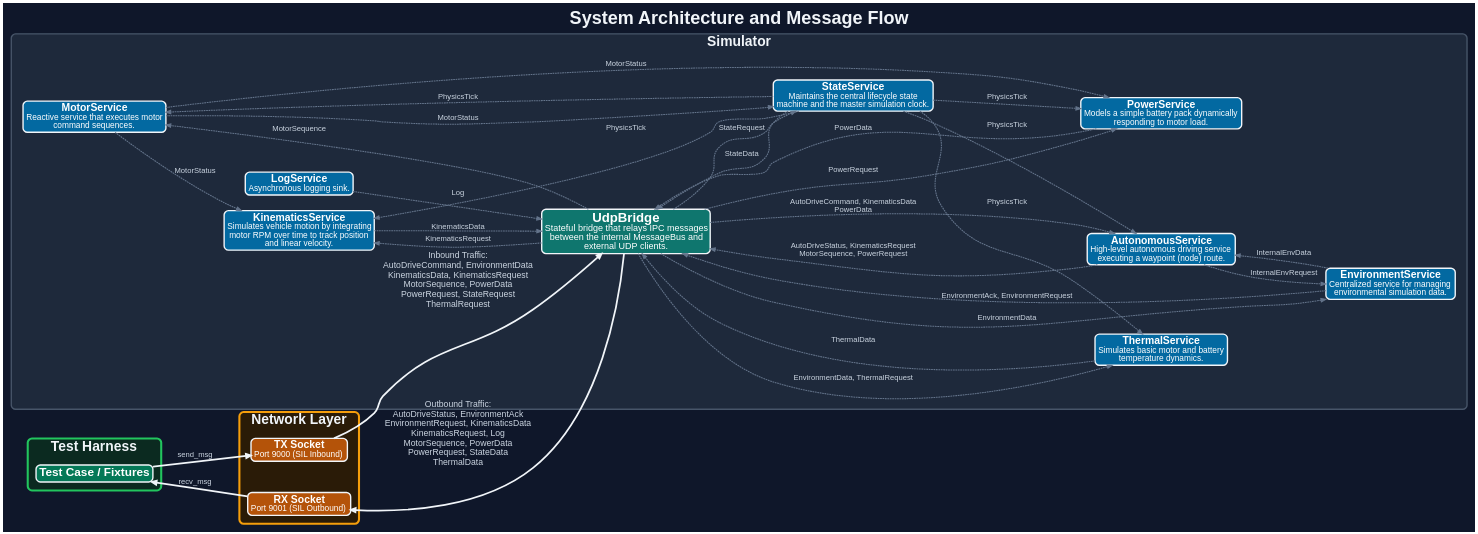
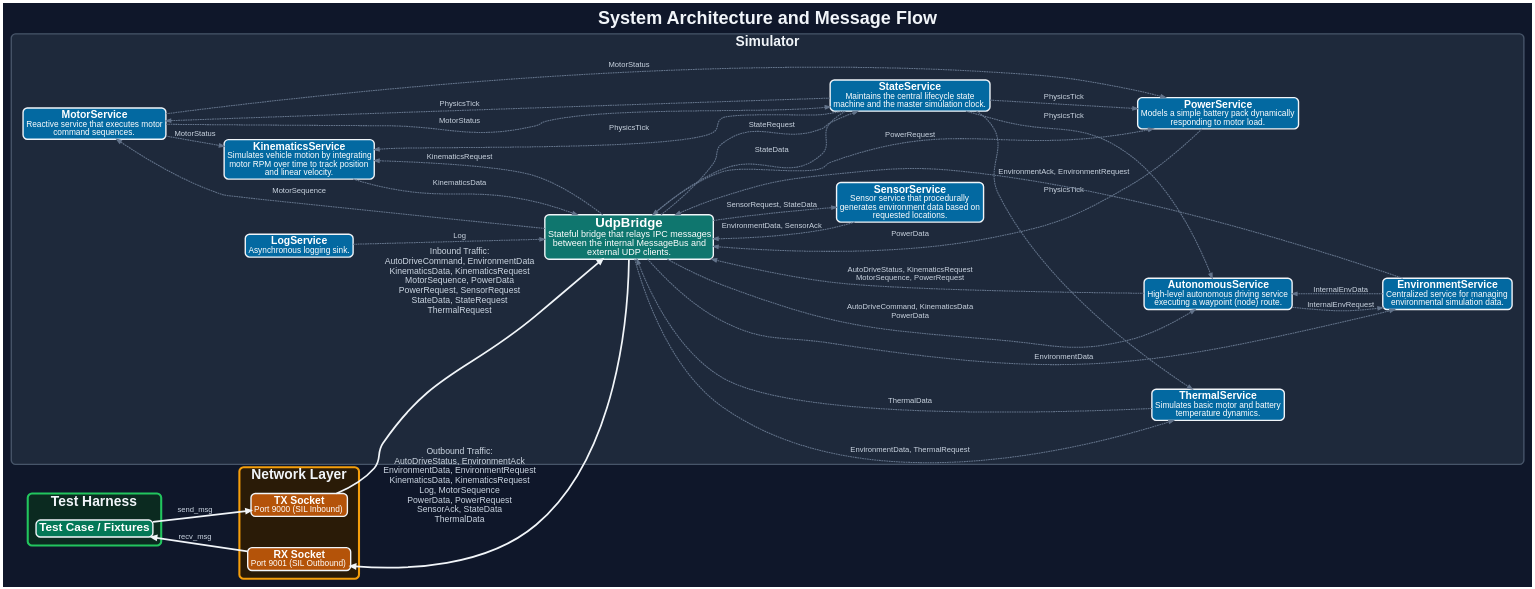
One commit to AxelBjork/reflect_pytest changed the diagram in doc/ipc/ipc_flow.dot. Above: the diagram before and after it, drawn with Graphviz. The commit also changed 12 other files, not shown here.

Commit message:
add sensor service

```diff
--- a/doc/ipc/ipc_flow.dot
+++ b/doc/ipc/ipc_flow.dot
@@ -1,159 +1,165 @@
 digraph IPC {
   rankdir=LR;
   bgcolor="#0F172A";
   pad=0.22;
   nodesep=0.62;
   ranksep=0.70;
   splines=spline;
   remincross=true;
 
   fontname="Helvetica,Arial,sans-serif";
   fontsize=52;
   fontcolor="#F1F5F9";
   label=<<B>System Architecture and Message Flow</B>>;
   labelloc="t";
 
   node [
     fontname="Helvetica,Arial,sans-serif",
     shape=rect,
     style="filled,rounded",
     fixedsize=false,
     margin="0.12,0.08",
     fontsize=28,
     fontcolor="#FFFFFF",
     penwidth=4,
     color="#F1F5F9"
   ];
 
   edge [
     fontname="Helvetica,Arial,sans-serif",
     fontsize=22,
     fontcolor="#CBD5E1",
     color="#64748B",
     penwidth=3.0,
     arrowsize=1.4,
     labelfloat=false,
     labeldistance=0.8,
     labelangle=10
   ];
 
   // --- Simulator ---
   subgraph cluster_sim {
     label=<<B><FONT POINT-SIZE="40">Simulator</FONT></B>>;
     fontcolor="#F1F5F9";
     style="rounded,filled";
     color="#475569";
     penwidth=4;
     fillcolor="#1E293B";
     margin=34;
     MotorService [
       fillcolor="#0369A1",
       label=<<B><FONT POINT-SIZE="30">MotorService</FONT></B><BR/><FONT POINT-SIZE="24">Reactive service that executes motor<BR/>command sequences.</FONT>>
     ];
     KinematicsService [
       fillcolor="#0369A1",
       label=<<B><FONT POINT-SIZE="30">KinematicsService</FONT></B><BR/><FONT POINT-SIZE="24">Simulates vehicle motion by integrating<BR/>motor RPM over time to track position<BR/>and linear velocity.</FONT>>
     ];
     PowerService [
       fillcolor="#0369A1",
       label=<<B><FONT POINT-SIZE="30">PowerService</FONT></B><BR/><FONT POINT-SIZE="24">Models a simple battery pack dynamically<BR/>responding to motor load.</FONT>>
     ];
     StateService [
       fillcolor="#0369A1",
       label=<<B><FONT POINT-SIZE="30">StateService</FONT></B><BR/><FONT POINT-SIZE="24">Maintains the central lifecycle state<BR/>machine and the master simulation clock.</FONT>>
     ];
     ThermalService [
       fillcolor="#0369A1",
       label=<<B><FONT POINT-SIZE="30">ThermalService</FONT></B><BR/><FONT POINT-SIZE="24">Simulates basic motor and battery<BR/>temperature dynamics.</FONT>>
     ];
     EnvironmentService [
       fillcolor="#0369A1",
       label=<<B><FONT POINT-SIZE="30">EnvironmentService</FONT></B><BR/><FONT POINT-SIZE="24">Centralized service for managing<BR/>environmental simulation data.</FONT>>
     ];
     AutonomousService [
       fillcolor="#0369A1",
       label=<<B><FONT POINT-SIZE="30">AutonomousService</FONT></B><BR/><FONT POINT-SIZE="24">High-level autonomous driving service<BR/>executing a waypoint (node) route.</FONT>>
     ];
+    SensorService [
+      fillcolor="#0369A1",
+      label=<<B><FONT POINT-SIZE="30">SensorService</FONT></B><BR/><FONT POINT-SIZE="24">Sensor service that procedurally<BR/>generates environment data based on<BR/>requested locations.</FONT>>
+    ];
     LogService [
       fillcolor="#0369A1",
       label=<<B><FONT POINT-SIZE="30">LogService</FONT></B><BR/><FONT POINT-SIZE="24">Asynchronous logging sink.</FONT>>
     ];
     UdpBridge [
       fillcolor="#0F766E",
       label=<<B><FONT POINT-SIZE="38">UdpBridge</FONT></B><BR/><FONT POINT-SIZE="26">Stateful bridge that relays IPC messages<BR/>between the internal MessageBus and<BR/>external UDP clients.</FONT>>
     ];
   }
 
   // --- Network Layer bounding box (TX/RX) ---
   subgraph cluster_sockets {
     label=<<B><FONT POINT-SIZE="40">Network Layer</FONT></B>>;
     fontcolor="#F1F5F9";
     style="rounded,filled";
     color="#F59E0B";
     penwidth=6;
     fillcolor="#2A1B07";
     margin=24;
 
     { rank=same; TX; RX; }
 
     TX [
       fillcolor="#B45309",
       label=<<B><FONT POINT-SIZE="30">TX Socket</FONT></B><BR/><FONT POINT-SIZE="24">Port 9000 (SIL Inbound)</FONT>>
     ];
     RX [
       fillcolor="#B45309",
       label=<<B><FONT POINT-SIZE="30">RX Socket</FONT></B><BR/><FONT POINT-SIZE="24">Port 9001 (SIL Outbound)</FONT>>
     ];
 
     TX -> RX [style=invis, weight=50, constraint=false];
   }
 
   // --- Test Harness bounding box ---
   subgraph cluster_fixtures {
     label=<<B><FONT POINT-SIZE="40">Test Harness</FONT></B>>;
     fontcolor="#F1F5F9";
     style="rounded,filled";
     color="#22C55E";
     penwidth=6;
     fillcolor="#0B2A20";
     margin=24;
 
     TestCase [
       fillcolor="#047857",
       label=<<B><FONT POINT-SIZE="34">Test Case / Fixtures</FONT></B>>
     ];
   }
 
   TestCase -> TX [label="send_msg", color="#F1F5F9", penwidth=5];
-  TX -> UdpBridge [label="Inbound Traffic:\nAutoDriveCommand, EnvironmentData\nKinematicsData, KinematicsRequest\nMotorSequence, PowerData\nPowerRequest, StateRequest\nThermalRequest", color="#F1F5F9", penwidth=5, fontsize=25];
+  TX -> UdpBridge [label="Inbound Traffic:\nAutoDriveCommand, EnvironmentData\nKinematicsData, KinematicsRequest\nMotorSequence, PowerData\nPowerRequest, SensorRequest\nStateData, StateRequest\nThermalRequest", color="#F1F5F9", penwidth=5, fontsize=25];
 
   // Internal Simulator Logic
   AutonomousService -> EnvironmentService [label="InternalEnvRequest", style=dashed];
   AutonomousService -> UdpBridge [label="AutoDriveStatus, KinematicsRequest\nMotorSequence, PowerRequest", style=dashed];
   EnvironmentService -> AutonomousService [label="InternalEnvData", style=dashed];
   EnvironmentService -> UdpBridge [label="EnvironmentAck, EnvironmentRequest", style=dashed];
   KinematicsService -> UdpBridge [label="KinematicsData", style=dashed];
   LogService -> UdpBridge [label="Log", style=dashed];
   MotorService -> KinematicsService [label="MotorStatus", style=dashed];
   MotorService -> PowerService [label="MotorStatus", style=dashed];
   MotorService -> StateService [label="MotorStatus", style=dashed];
   PowerService -> UdpBridge [label="PowerData", style=dashed];
+  SensorService -> UdpBridge [label="EnvironmentData, SensorAck", style=dashed];
   StateService -> AutonomousService [label="PhysicsTick", style=dashed];
   StateService -> KinematicsService [label="PhysicsTick", style=dashed];
   StateService -> MotorService [label="PhysicsTick", style=dashed];
   StateService -> PowerService [label="PhysicsTick", style=dashed];
   StateService -> ThermalService [label="PhysicsTick", style=dashed];
   StateService -> UdpBridge [label="StateData", style=dashed];
   ThermalService -> UdpBridge [label="ThermalData", style=dashed];
   UdpBridge -> AutonomousService [label="AutoDriveCommand, KinematicsData\nPowerData", style=dashed];
   UdpBridge -> EnvironmentService [label="EnvironmentData", style=dashed];
   UdpBridge -> KinematicsService [label="KinematicsRequest", style=dashed];
   UdpBridge -> MotorService [label="MotorSequence", style=dashed];
   UdpBridge -> PowerService [label="PowerRequest", style=dashed];
+  UdpBridge -> SensorService [label="SensorRequest, StateData", style=dashed];
   UdpBridge -> StateService [label="StateRequest", style=dashed];
   UdpBridge -> ThermalService [label="EnvironmentData, ThermalRequest", style=dashed];
 
   // Flow: Simulator -> Network -> Test Harness
-  RX -> UdpBridge [label="Outbound Traffic:\nAutoDriveStatus, EnvironmentAck\nEnvironmentRequest, KinematicsData\nKinematicsRequest, Log\nMotorSequence, PowerData\nPowerRequest, StateData\nThermalData", color="#F1F5F9", penwidth=5, dir=back, fontsize=25, arrowtail=normal];
+  RX -> UdpBridge [label="Outbound Traffic:\nAutoDriveStatus, EnvironmentAck\nEnvironmentData, EnvironmentRequest\nKinematicsData, KinematicsRequest\nLog, MotorSequence\nPowerData, PowerRequest\nSensorAck, StateData\nThermalData", color="#F1F5F9", penwidth=5, dir=back, fontsize=25, arrowtail=normal];
   TestCase -> RX [label="recv_msg", color="#F1F5F9", penwidth=5, dir=back, arrowtail=normal];
 }
```
